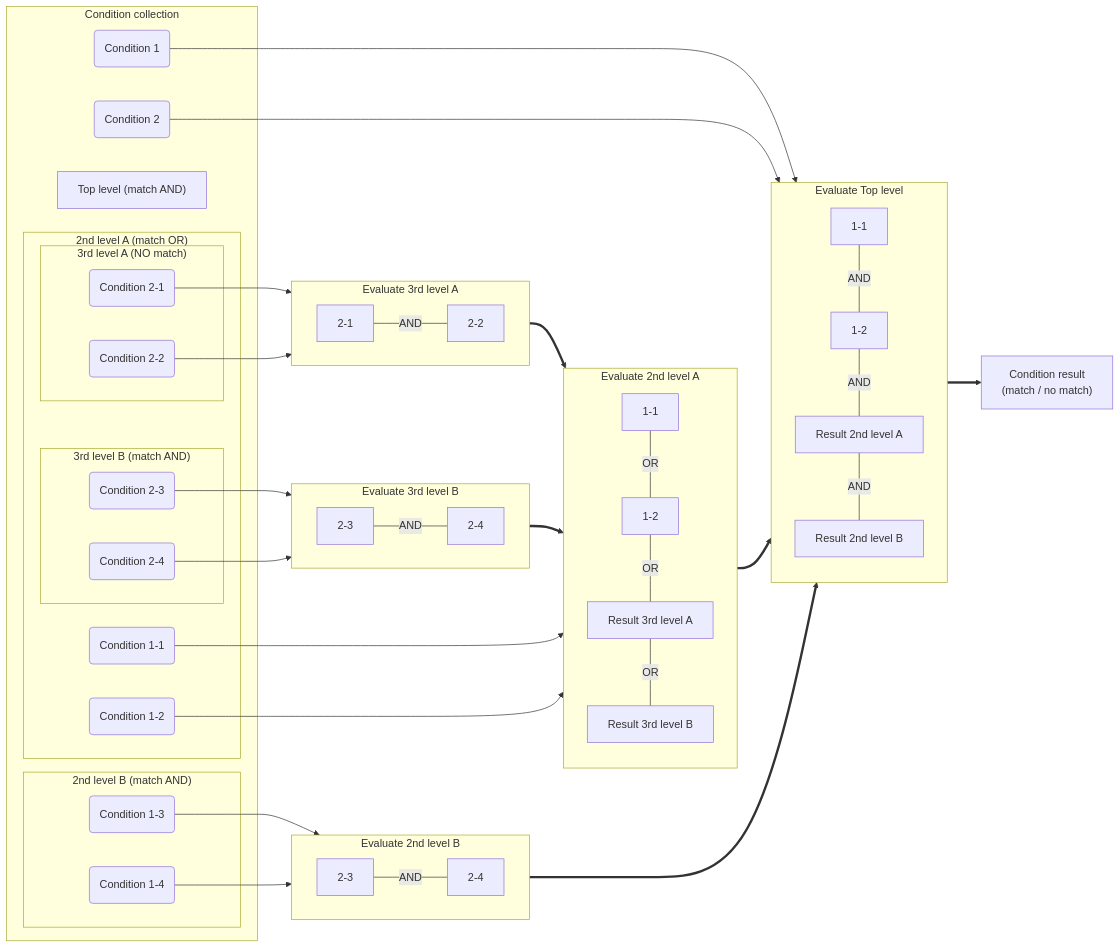
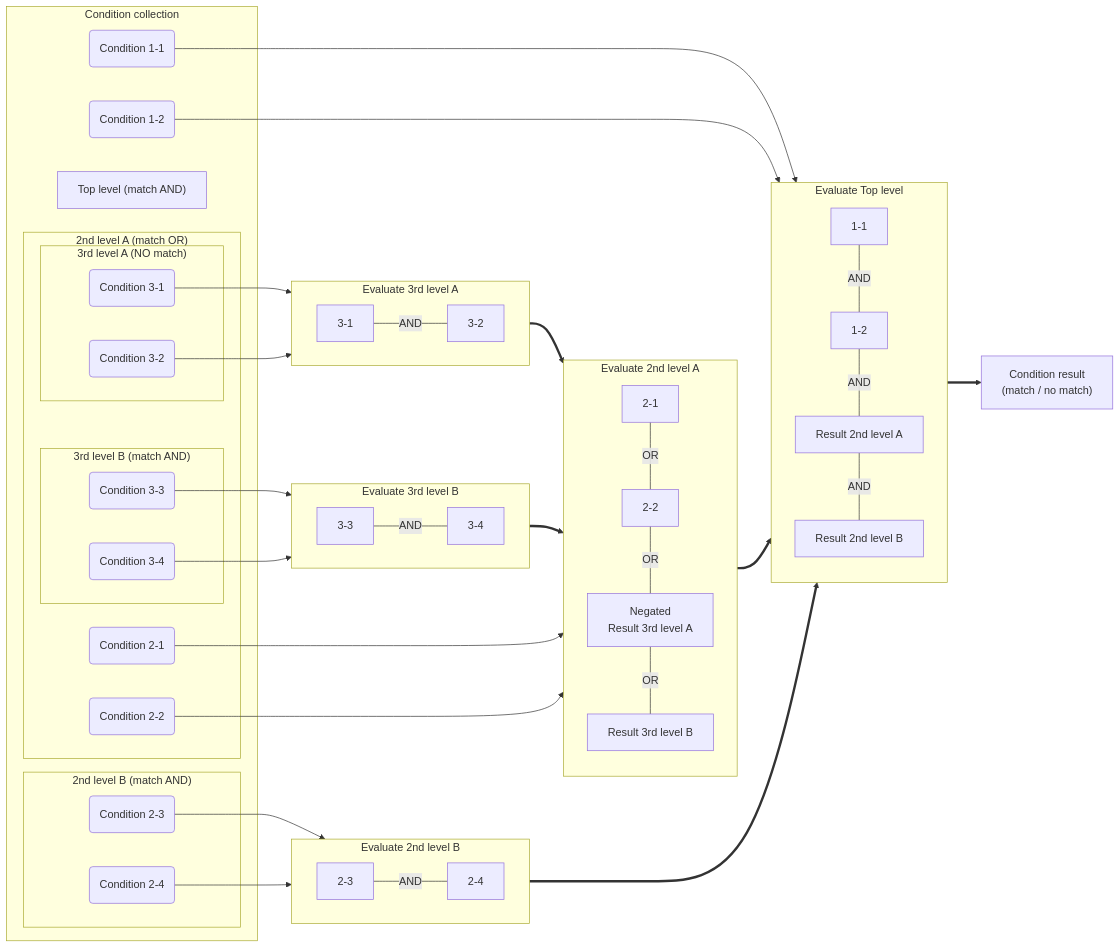
One commit to zammad/zammad-admin-documentation changed the diagram in misc/object-conditions/expert-mode.rst. Above: the diagram before and after it, drawn with Mermaid. The commit also changed other lines of this file and 4 other files, not shown here.

Commit message:
Maintenance: Improve wordings and mermaids as per Dusans QA

```diff
--- a/misc/object-conditions/expert-mode.rst
+++ b/misc/object-conditions/expert-mode.rst
@@ -119,48 +119,48 @@
 
    subgraph ConditionCollection["Condition collection"]
       TL["Top level (match AND)"]
-      TLA(Condition 1)
-      TLB(Condition 2)
+      TLA(Condition 1-1)
+      TLB(Condition 1-2)
       subgraph SecondLevelA["2nd level A (match OR)"]
          x[" "]:::addSpacing
-         SLA1(Condition 1-1)
-         SLA2(Condition 1-2)
+         SLA1(Condition 2-1)
+         SLA2(Condition 2-2)
 
          subgraph ThirdLevelA["3rd level A (NO match)"]
-            TLA1(Condition 2-1)
-            TLA2(Condition 2-2)
+            TLA1(Condition 3-1)
+            TLA2(Condition 3-2)
          end
          subgraph ThirdLevelB["3rd level B (match AND)"]
-            TLB1(Condition 2-3)
-            TLB2(Condition 2-4)
+            TLB1(Condition 3-3)
+            TLB2(Condition 3-4)
          end
       end
       subgraph SecondLevelB["2nd level B (match AND)"]
-         SLB1(Condition 1-3)
-         SLB2(Condition 1-4)
+         SLB1(Condition 2-3)
+         SLB2(Condition 2-4)
       end
    end
 
    subgraph MTLA["Evaluate 3rd level A"]
       direction LR
 
-      MTLA1[2-1]
-      MTLA2[2-2]
+      MTLA1[3-1]
+      MTLA2[3-2]
       MTLA1 -- AND --- MTLA2
    end
 
    subgraph MTLB["Evaluate 3rd level B"]
       direction LR
-      MTLB1[2-3]
-      MTLB2[2-4]
+      MTLB1[3-3]
+      MTLB2[3-4]
       MTLB1 -- AND --- MTLB2
    end
 
    subgraph MSLC["Evaluate 2nd level A"]
       direction TB
-      MTLC1[1-1]
-      MTLC2[1-2]
-      MTLC3[Result 3rd level A]
+      MTLC1[2-1]
+      MTLC2[2-2]
+      MTLC3[Negated <br> Result 3rd level A]
       MTLC4[Result 3rd level B]
       MTLC1 -- OR --- MTLC2
       MTLC2 -- OR --- MTLC3
```
